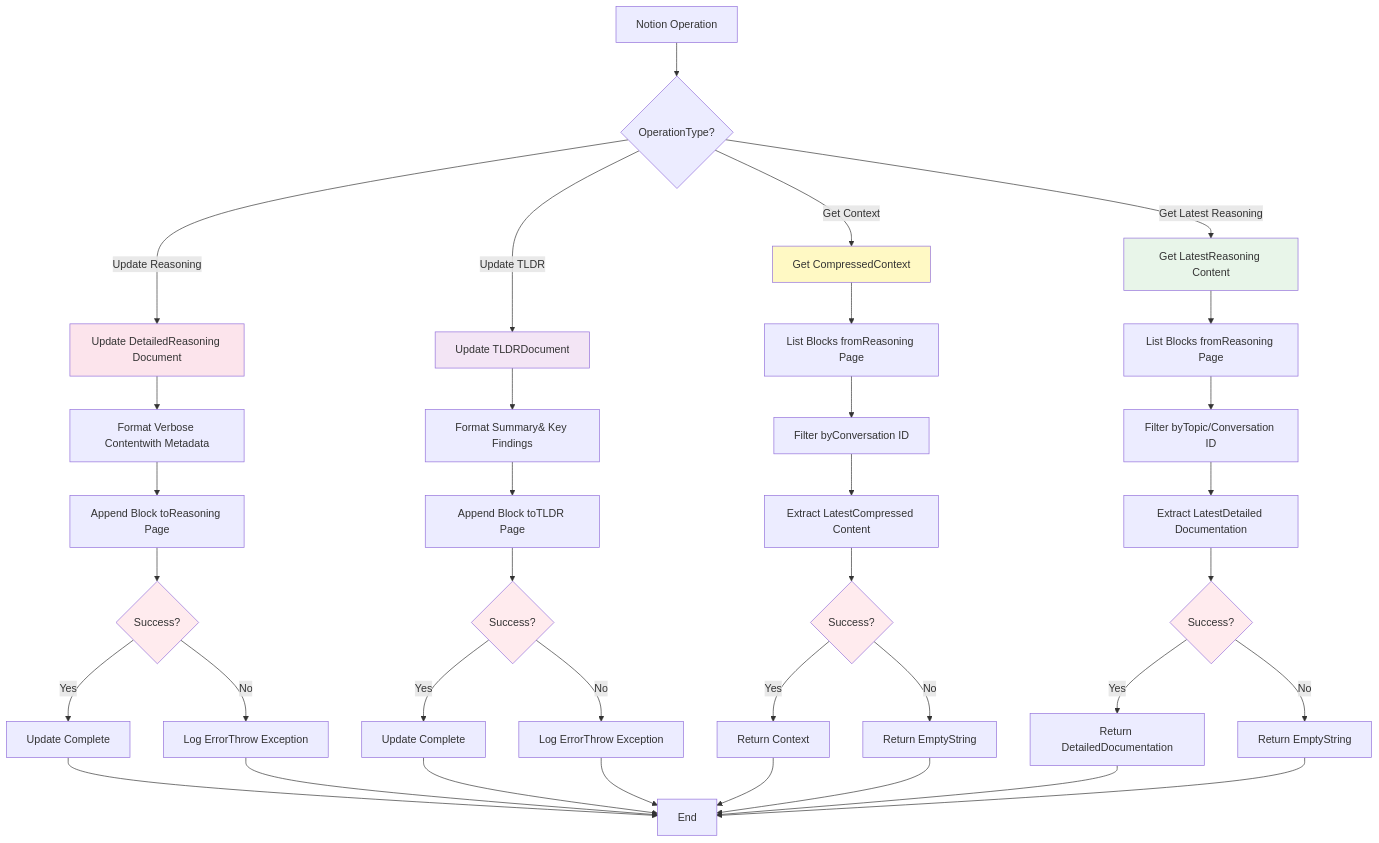
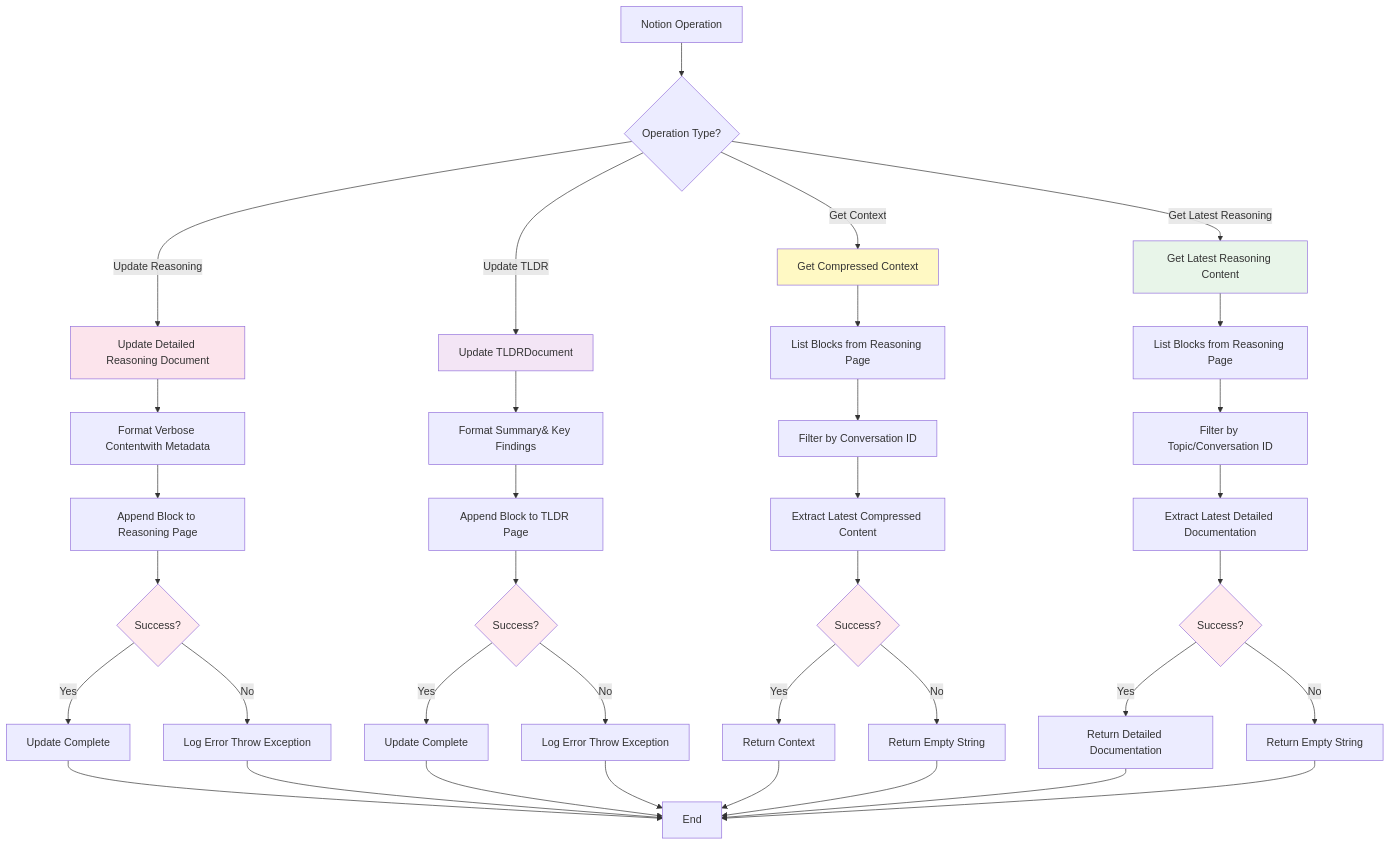
Before and after one commit to jak-pan/super-brainstorm-bot: diagram 15 of 16 in ARCHITECTURE.md, drawn with Mermaid. The commit also changed other lines of this file, not shown here.

Commit message:
Fix: Add missing spaces in Mermaid diagram labels after br tag removal

````diff
--- a/ARCHITECTURE.md
+++ b/ARCHITECTURE.md
@@ -1166,57 +1166,57 @@
 ```mermaid
 flowchart TD
-    Start[Notion Operation] --> CheckType{OperationType?}
+    Start[Notion Operation] --> CheckType{Operation Type?}
     
-    CheckType -->|Update Reasoning| UpdateReasoning[Update DetailedReasoning Document]
+    CheckType -->|Update Reasoning| UpdateReasoning[Update Detailed Reasoning Document]
     CheckType -->|Update TLDR| UpdateTLDR[Update TLDRDocument]
-    CheckType -->|Get Context| GetContext[Get CompressedContext]
-    CheckType -->|Get Latest Reasoning| GetLatestReasoning[Get LatestReasoning Content]
+    CheckType -->|Get Context| GetContext[Get Compressed Context]
+    CheckType -->|Get Latest Reasoning| GetLatestReasoning[Get Latest Reasoning Content]
     
     UpdateReasoning --> FormatReasoning[Format Verbose Contentwith Metadata]
-    FormatReasoning --> AppendBlock1[Append Block toReasoning Page]
+    FormatReasoning --> AppendBlock1[Append Block to Reasoning Page]
     AppendBlock1 --> Success1{Success?}
     
     UpdateTLDR --> FormatTLDR[Format Summary& Key Findings]
-    FormatTLDR --> AppendBlock2[Append Block toTLDR Page]
+    FormatTLDR --> AppendBlock2[Append Block to TLDR Page]
     AppendBlock2 --> Success2{Success?}
     
-    GetContext --> ListBlocks[List Blocks fromReasoning Page]
-    ListBlocks --> FilterBlocks[Filter byConversation ID]
-    FilterBlocks --> ExtractContent[Extract LatestCompressed Content]
+    GetContext --> ListBlocks[List Blocks from Reasoning Page]
+    ListBlocks --> FilterBlocks[Filter by Conversation ID]
+    FilterBlocks --> ExtractContent[Extract Latest Compressed Content]
     ExtractContent --> Success3{Success?}
     
-    GetLatestReasoning --> ListBlocks2[List Blocks fromReasoning Page]
-    ListBlocks2 --> FilterByTopic[Filter byTopic/Conversation ID]
-    FilterByTopic --> ExtractReasoning[Extract LatestDetailed Documentation]
+    GetLatestReasoning --> ListBlocks2[List Blocks from Reasoning Page]
+    ListBlocks2 --> FilterByTopic[Filter by Topic/Conversation ID]
+    FilterByTopic --> ExtractReasoning[Extract Latest Detailed Documentation]
     ExtractReasoning --> Success4{Success?}
     
     Success1 -->|Yes| Complete1[Update Complete]
-    Success1 -->|No| Error1[Log ErrorThrow Exception]
+    Success1 -->|No| Error1[Log Error Throw Exception]
     
     Success2 -->|Yes| Complete2[Update Complete]
-    Success2 -->|No| Error2[Log ErrorThrow Exception]
+    Success2 -->|No| Error2[Log Error Throw Exception]
     
     Success3 -->|Yes| ReturnContext[Return Context]
-    Success3 -->|No| ReturnEmpty[Return EmptyString]
+    Success3 -->|No| ReturnEmpty[Return Empty String]
     
-    Success4 -->|Yes| ReturnReasoning[Return DetailedDocumentation]
-    Success4 -->|No| ReturnEmpty2[Return EmptyString]
+    Success4 -->|Yes| ReturnReasoning[Return Detailed Documentation]
+    Success4 -->|No| ReturnEmpty2[Return Empty String]
     
     Complete1 --> End[End]
     Complete2 --> End
     ReturnContext --> End
     ReturnReasoning --> End
     ReturnEmpty --> End
     ReturnEmpty2 --> End
     Error1 --> End
     Error2 --> End
     
     style UpdateReasoning fill:#fce4ec
     style UpdateTLDR fill:#f3e5f5
     style GetContext fill:#fff9c4
     style GetLatestReasoning fill:#e8f5e9
     style Success1 fill:#ffebee
     style Success2 fill:#ffebee
     style Success3 fill:#ffebee
     style Success4 fill:#ffebee
 ```
````
